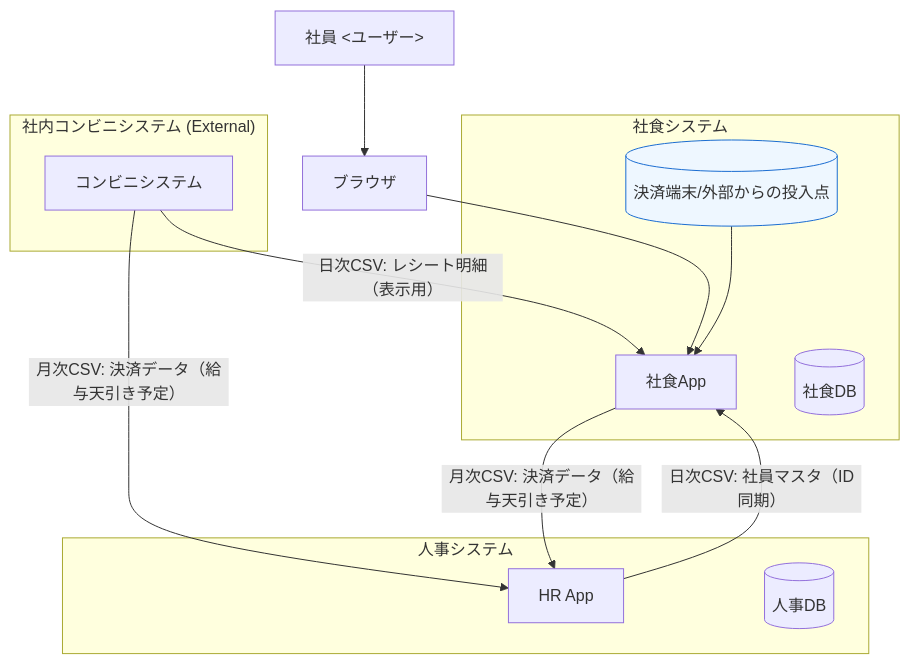
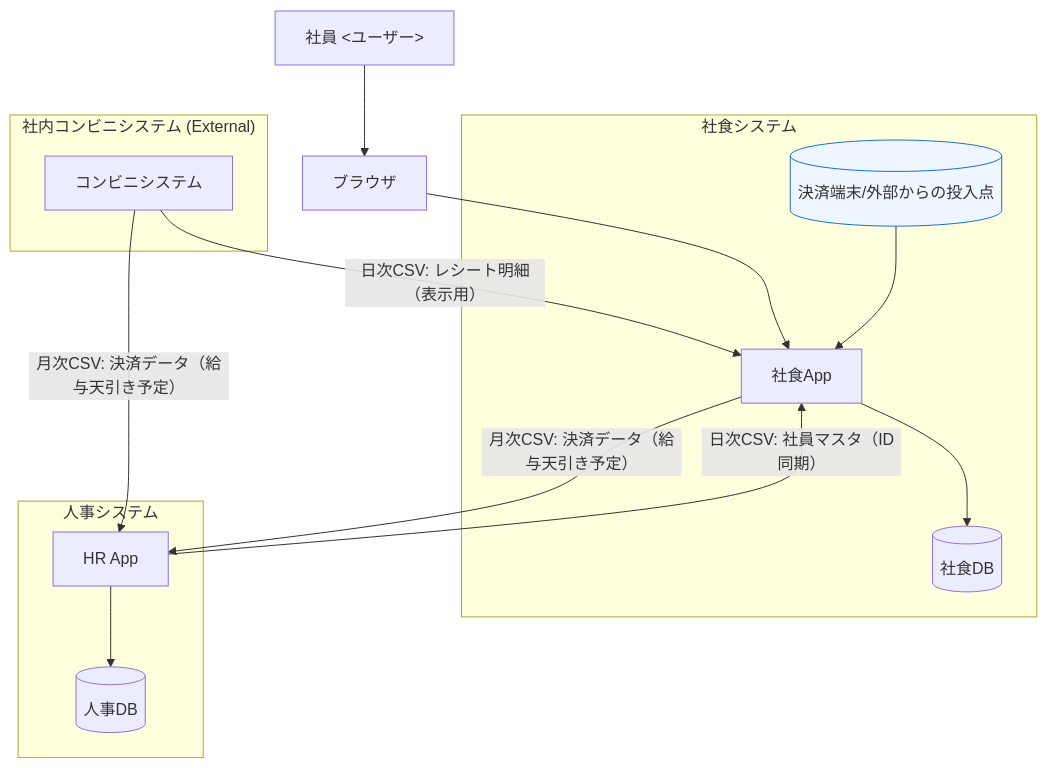
One commit to skijima404/ai-assisted-ea-demo changed the diagram in 03_arch-artifacts/baseline/container-diagram.md. Above: the diagram before and after it, drawn with Mermaid. The commit also changed 16 other files, not shown here.

Commit message:
Transition Architecture 完成

````diff
--- a/03_arch-artifacts/baseline/container-diagram.md
+++ b/03_arch-artifacts/baseline/container-diagram.md
@@ -6,37 +6,41 @@
 ```mermaid
 flowchart TB
 %% ===== Nodes =====
 User[社員 <ユーザー>]
 Browser[ブラウザ]
 
 subgraph Canteen["社食システム"]
   App[社食App]
   DB[(社食DB)]
   Ingest[(決済端末/外部からの投入点)]:::ing
 end
 
 subgraph HR["人事システム"]
   HRApp[HR App]
   HRDB[(人事DB)]
 end
 
 subgraph Store["社内コンビニシステム (External)"]
   POS[コンビニシステム]
 end
 
 %% 既存のCSV連携（維持）
 POS -- 月次CSV: 決済データ（給与天引き予定） --> HRApp
 POS -- 日次CSV: レシート明細（表示用） --> App
 App -- 月次CSV: 決済データ（給与天引き予定） --> HRApp
 HRApp -- 日次CSV: 社員マスタ（ID同期） --> App
 
 %% ユーザーアクセス
 User --> Browser
 Browser --> App
 
 %% システム連携
 Ingest --> App
 
+%% App --> DB
+App --> DB
+HRApp --> HRDB
+
 %% ===== Styles =====
 classDef ing fill:#eef7ff,stroke:#1b6dd1,rx:6,ry:6;
 ```
````
